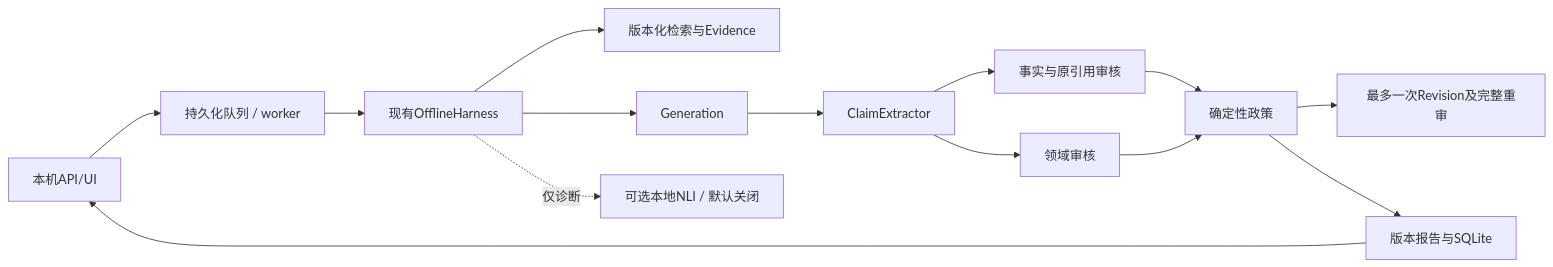
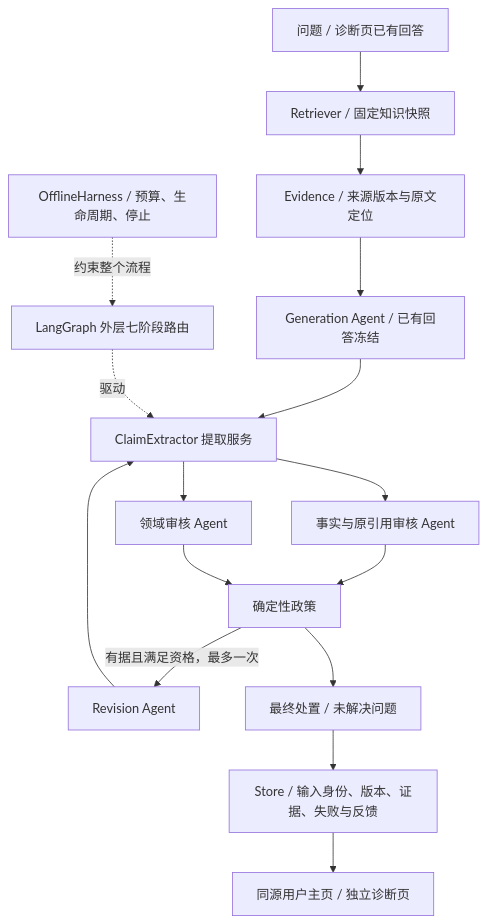
The diagram in README.md (7556481/PowerTrustAI), drawn with Mermaid before and after one commit. The commit also changed other lines of this file and 5 other files, not shown here.

Commit message:
Rewrite project homepage with architecture and isolated UI delivery instructions

````diff
--- a/README.md
+++ b/README.md
@@ -58,16 +36,18 @@
 ```mermaid
-flowchart LR
- U[本机API/UI] --> Q[持久化队列 / worker]
- Q --> H[现有OfflineHarness]
- H --> R[版本化检索与Evidence]
- H --> G[Generation]
- G --> C[ClaimExtractor]
- C --> F[事实与原引用审核]
- C --> D[领域审核]
- F --> P[确定性政策]
- D --> P
- P --> V[最多一次Revision及完整重审]
- P --> S[版本报告与SQLite]
- S --> U
- H -.仅诊断.-> N[可选本地NLI / 默认关闭]
+flowchart TD
+    Q[问题 / 诊断页已有回答] --> R[Retriever / 固定知识快照]
+    R --> E[Evidence / 来源版本与原文定位]
+    E --> G[Generation Agent / 已有回答冻结]
+    G --> X[ClaimExtractor 提取服务]
+    X --> F[事实与原引用审核 Agent]
+    X --> D[领域审核 Agent]
+    F --> P[确定性政策]
+    D --> P
+    P -->|有据且满足资格，最多一次| V[Revision Agent]
+    V --> X
+    P --> O[最终处置 / 未解决问题]
+    H[LangGraph 外层七阶段路由] -.驱动.-> X
+    B[OfflineHarness / 预算、生命周期、停止] -.约束整个流程.-> H
+    O --> S[Store / 输入身份、版本、证据、失败与反馈]
+    S --> UI[同源用户主页 / 独立诊断页]
 ```
````
